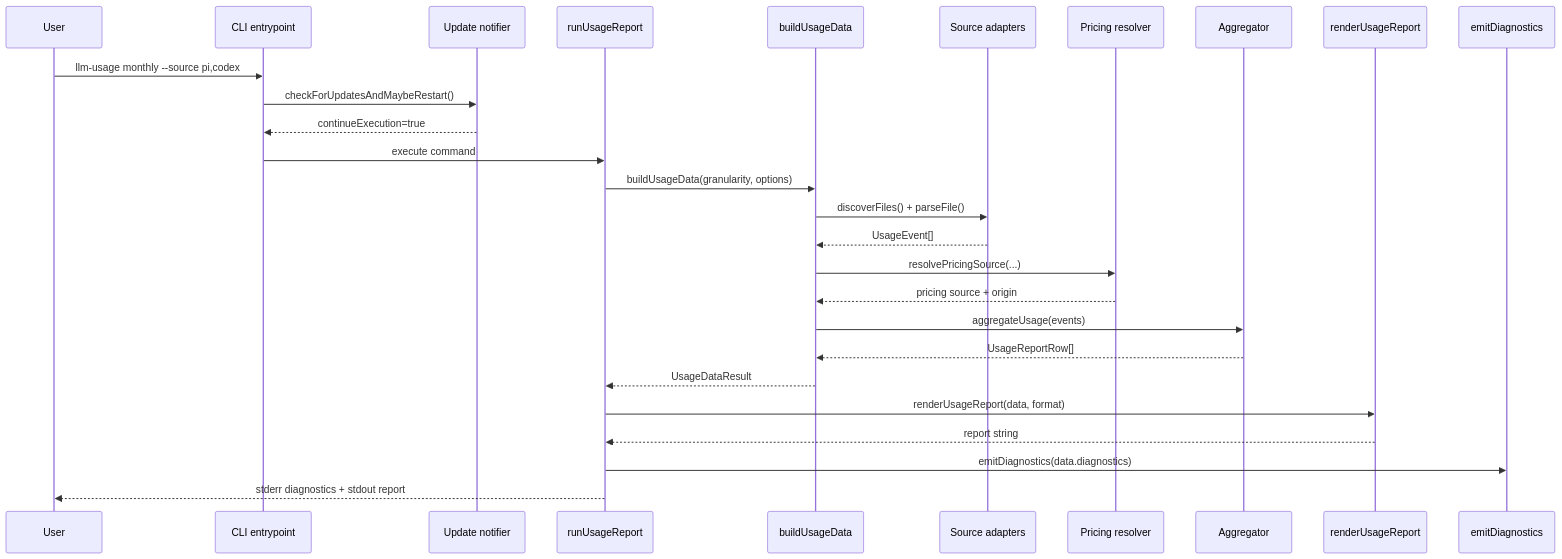
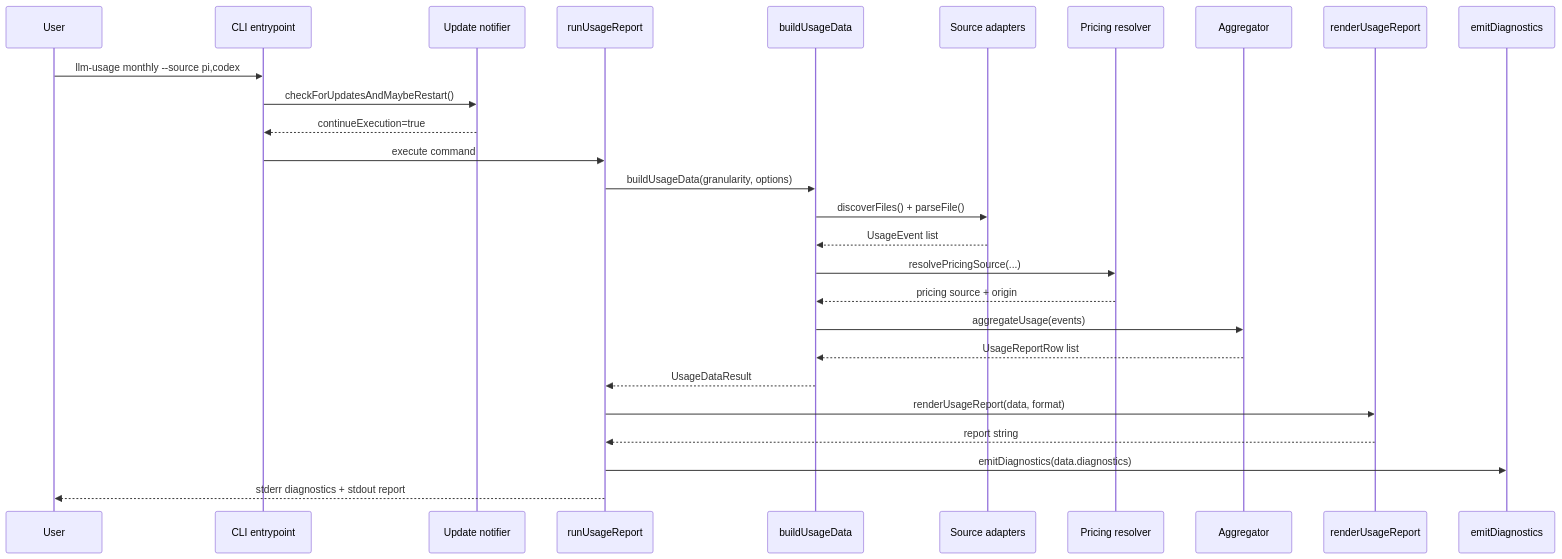
One commit to ben-vargas/ai-llm-usage-metrics changed the second of 2 diagrams in docs/architecture.md. Above: the diagram before and after it, drawn with Mermaid.

Commit message:
docs(architecture): harden mermaid labels for GitHub parser

````diff
--- a/docs/architecture.md
+++ b/docs/architecture.md
@@ -41,30 +41,30 @@
 ```mermaid
 sequenceDiagram
     participant User
     participant Entry as CLI entrypoint
     participant Update as Update notifier
     participant Run as runUsageReport
     participant Build as buildUsageData
     participant Adapter as Source adapters
     participant Pricing as Pricing resolver
     participant Agg as Aggregator
     participant Render as renderUsageReport
     participant Emit as emitDiagnostics
 
     User->>Entry: llm-usage monthly --source pi,codex
     Entry->>Update: checkForUpdatesAndMaybeRestart()
     Update-->>Entry: continueExecution=true
     Entry->>Run: execute command
     Run->>Build: buildUsageData(granularity, options)
     Build->>Adapter: discoverFiles() + parseFile()
-    Adapter-->>Build: UsageEvent[]
+    Adapter-->>Build: UsageEvent list
     Build->>Pricing: resolvePricingSource(...)
     Pricing-->>Build: pricing source + origin
     Build->>Agg: aggregateUsage(events)
-    Agg-->>Build: UsageReportRow[]
+    Agg-->>Build: UsageReportRow list
     Build-->>Run: UsageDataResult
     Run->>Render: renderUsageReport(data, format)
     Render-->>Run: report string
     Run->>Emit: emitDiagnostics(data.diagnostics)
     Run-->>User: stderr diagnostics + stdout report
 ```
````
